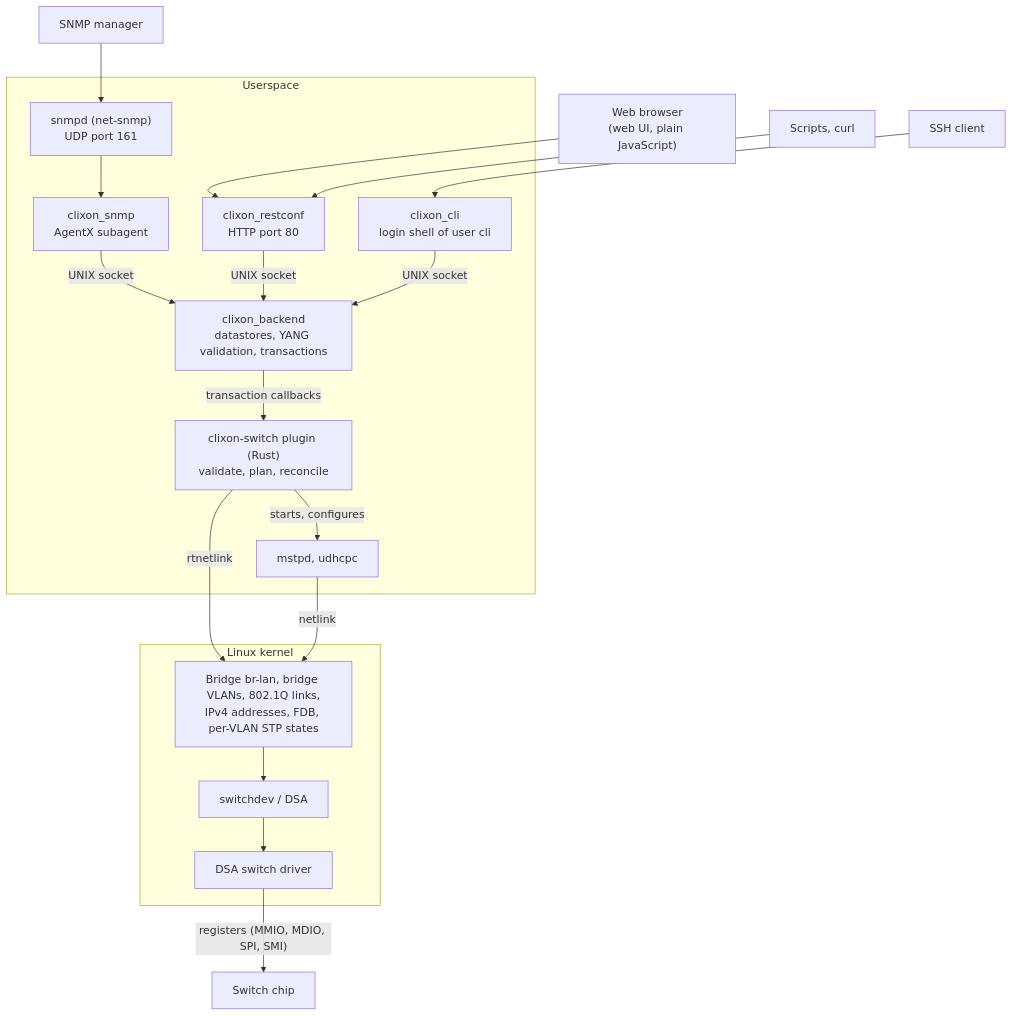
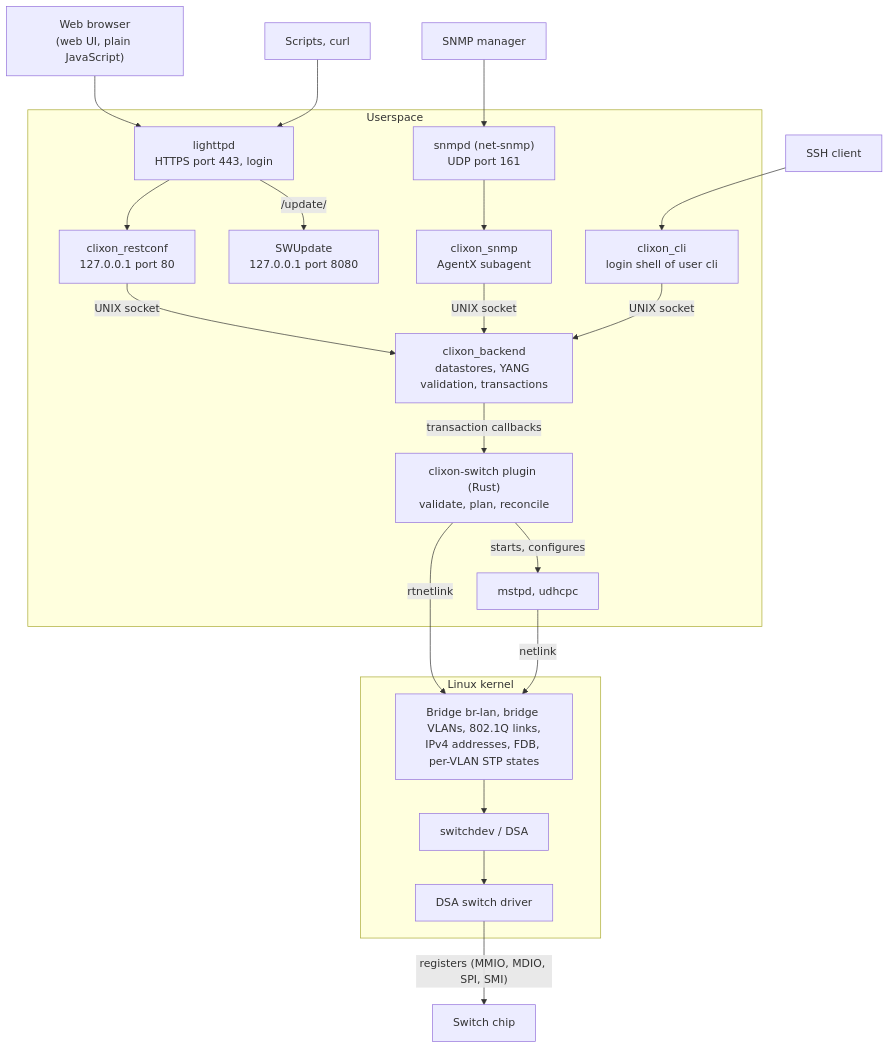
Before and after one commit to AlbrechtL/ethernet-switch-os: the first of 2 diagrams in docs/development/architecture.md, drawn with Mermaid. The commit also changed other lines of this file and 17 other files, not shown here.

````diff
--- a/docs/development/architecture.md
+++ b/docs/development/architecture.md
@@ -33,38 +33,42 @@
 ```mermaid
 flowchart TB
     browser["Web browser<br/>(web UI, plain JavaScript)"]
     script["Scripts, curl"]
     ssh["SSH client"]
     nms["SNMP manager"]
 
     subgraph user["Userspace"]
-        restconf["clixon_restconf<br/>HTTP port 80"]
+        lighttpd["lighttpd<br/>HTTPS port 443, login"]
+        restconf["clixon_restconf<br/>127.0.0.1 port 80"]
+        swupdate["SWUpdate<br/>127.0.0.1 port 8080"]
         cli["clixon_cli<br/>login shell of user cli"]
         snmpd["snmpd (net-snmp)<br/>UDP port 161"]
         clixon_snmp["clixon_snmp<br/>AgentX subagent"]
         backend["clixon_backend<br/>datastores, YANG validation, transactions"]
         plugin["clixon-switch plugin (Rust)<br/>validate, plan, reconcile"]
         helpers["mstpd, udhcpc"]
     end
 
     subgraph kernel["Linux kernel"]
         net["Bridge br-lan, bridge VLANs, 802.1Q links,<br/>IPv4 addresses, FDB, per-VLAN STP states"]
         switchdev["switchdev / DSA"]
         driver["DSA switch driver"]
     end
 
     asic["Switch chip"]
 
-    browser --> restconf
-    script --> restconf
+    browser --> lighttpd
+    script --> lighttpd
+    lighttpd --> restconf
+    lighttpd -- "/update/" --> swupdate
     ssh --> cli
     nms --> snmpd --> clixon_snmp
     restconf -- "UNIX socket" --> backend
     cli -- "UNIX socket" --> backend
     clixon_snmp -- "UNIX socket" --> backend
     backend -- "transaction callbacks" --> plugin
     plugin -- "rtnetlink" --> net
     plugin -- "starts, configures" --> helpers
     helpers -- "netlink" --> net
     net --> switchdev --> driver -- "registers (MMIO, MDIO, SPI, SMI)" --> asic
 ```
````
